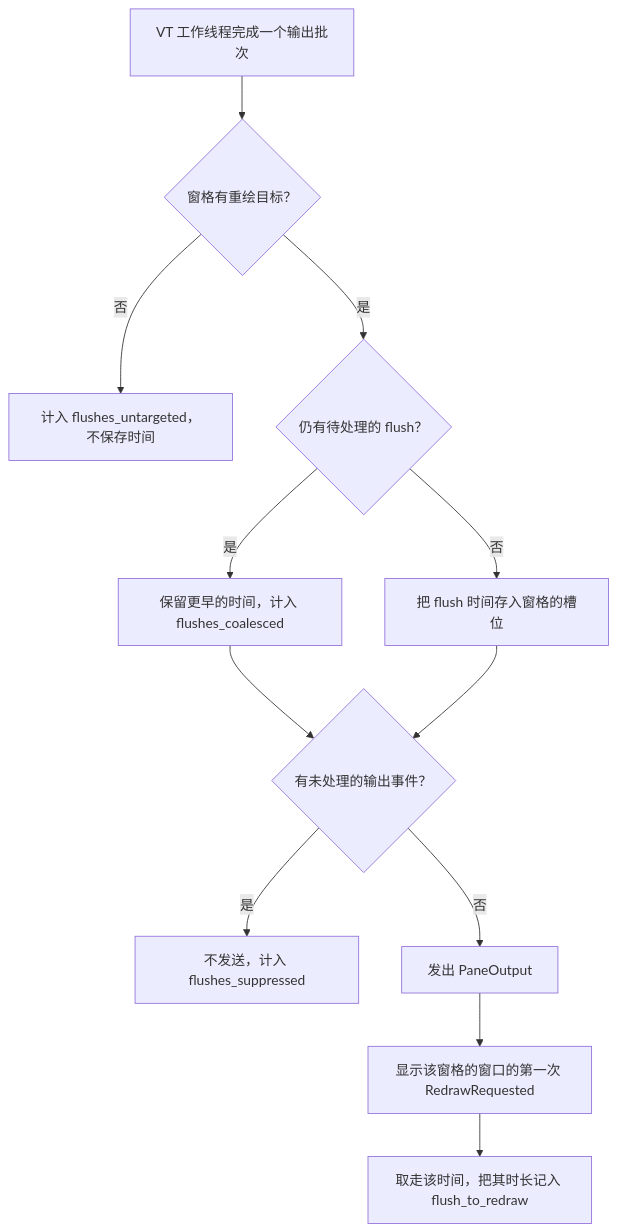
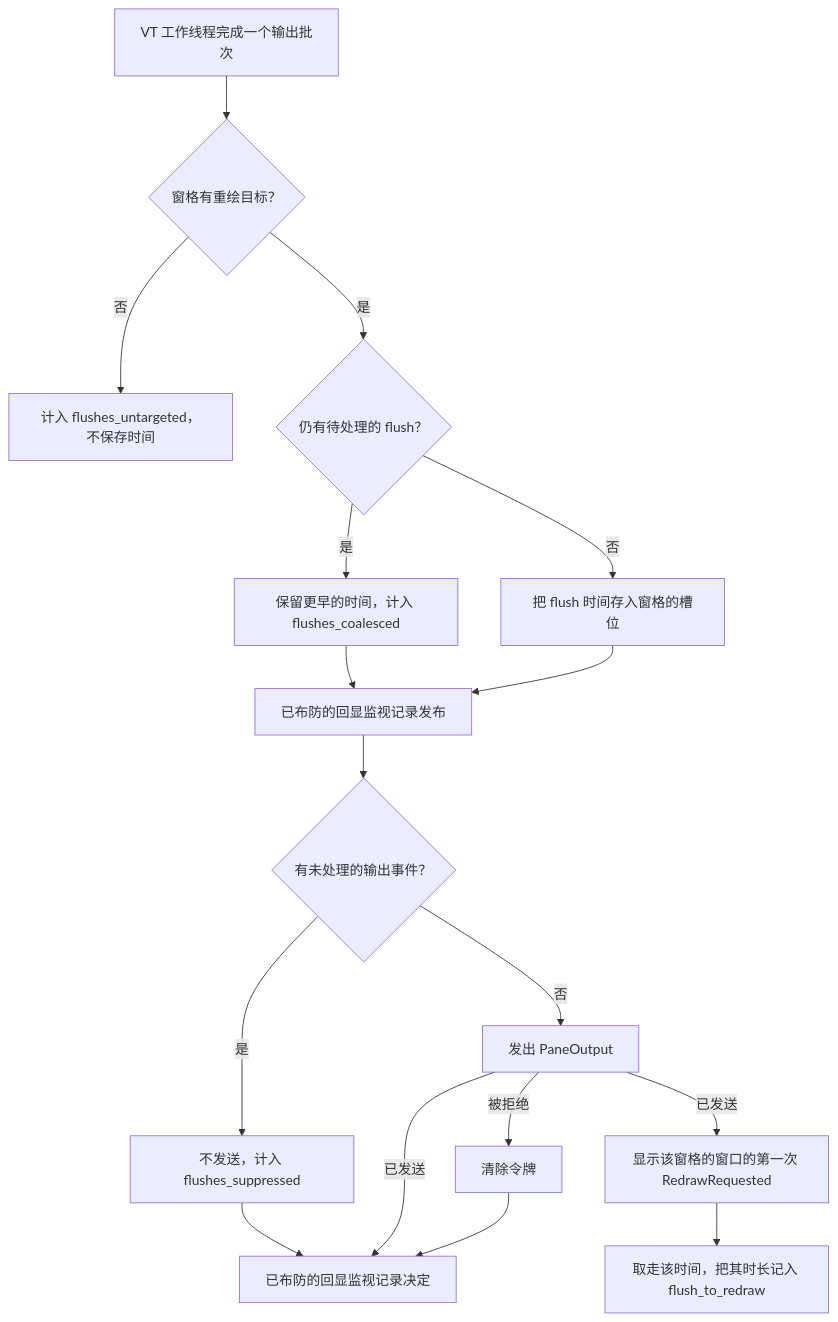
Before and after one commit to D0n9X1n/SonicTerm: the diagram in wiki/Logging-zh-CN.md, drawn with Mermaid. The commit also changed other lines of this file and 33 other files, not shown here.

````diff
--- a/wiki/Logging-zh-CN.md
+++ b/wiki/Logging-zh-CN.md
@@ -471,14 +471,19 @@
 ```mermaid
 flowchart TD
     batch["VT 工作线程完成一个输出批次"] --> target{"窗格有重绘目标？"}
     target -- 否 --> untargeted["计入 flushes_untargeted，不保存时间"]
     target -- 是 --> pending{"仍有待处理的 flush？"}
     pending -- 是 --> coalesced["保留更早的时间，计入 flushes_coalesced"]
     pending -- 否 --> store["把 flush 时间存入窗格的槽位"]
-    coalesced --> token{"有未处理的输出事件？"}
-    store --> token
+    coalesced --> watch["已布防的回显监视记录发布"]
+    store --> watch
+    watch --> token{"有未处理的输出事件？"}
     token -- 是 --> suppressed["不发送，计入 flushes_suppressed"]
     token -- 否 --> send["发出 PaneOutput"]
-    send --> redraw["显示该窗格的窗口的第一次 RedrawRequested"]
+    send -- 被拒绝 --> refused["清除令牌"]
+    suppressed --> decision["已布防的回显监视记录决定"]
+    send -- 已发送 --> decision
+    refused --> decision
+    send -- 已发送 --> redraw["显示该窗格的窗口的第一次 RedrawRequested"]
     redraw --> take["取走该时间，把其时长记入 flush_to_redraw"]
 ```
````
